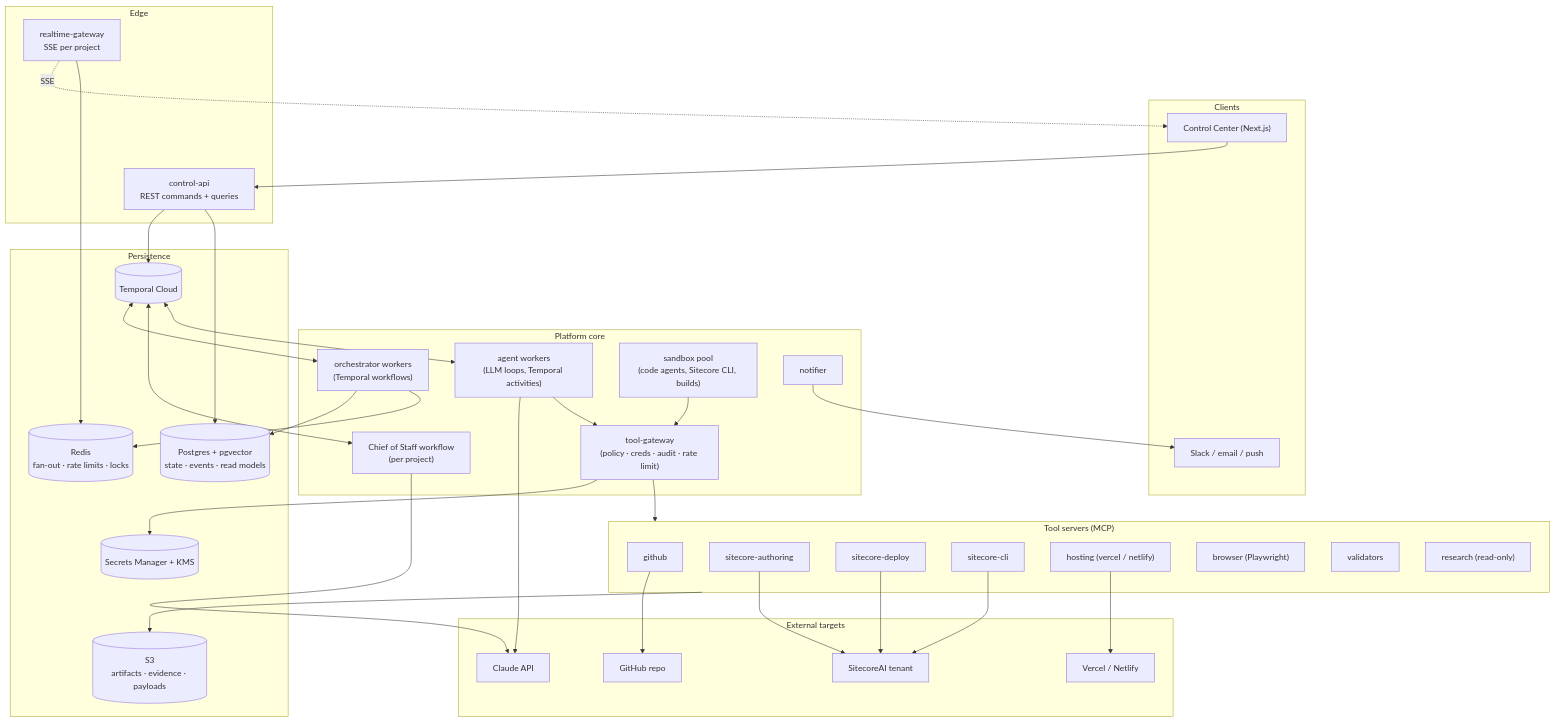
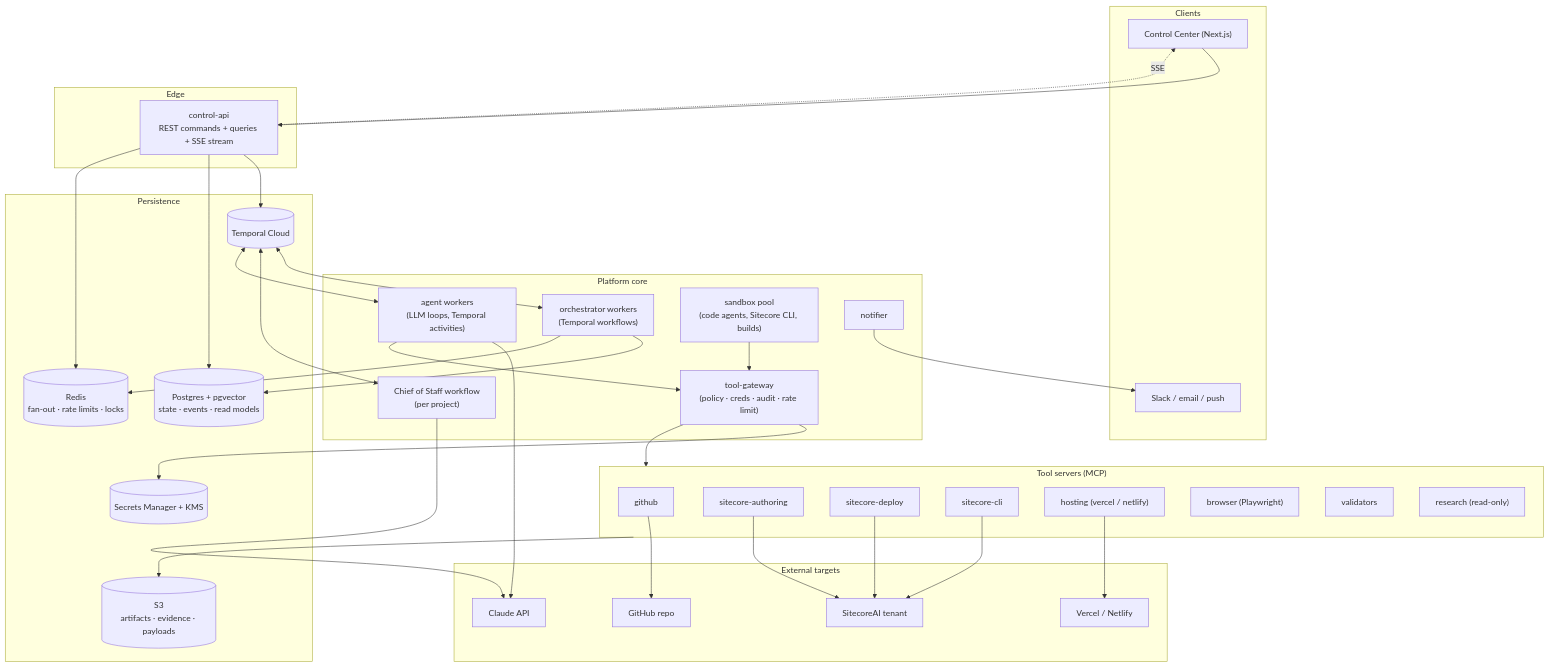
The first of 3 diagrams in docs/architecture/backend-plan.md (slamensdicreon/icreon-claude), drawn with Mermaid before and after one commit. The commit also changed other lines of this file, not shown here.

````diff
--- a/docs/architecture/backend-plan.md
+++ b/docs/architecture/backend-plan.md
@@ -77,71 +77,70 @@
 ```mermaid
 flowchart TB
   subgraph Client["Clients"]
     UI["Control Center (Next.js)"]
     NOTIF["Slack / email / push"]
   end
 
   subgraph Edge["Edge"]
-    API["control-api<br/>REST commands + queries"]
-    RT["realtime-gateway<br/>SSE per project"]
+    API["control-api<br/>REST commands + queries + SSE stream"]
   end
 
   subgraph Core["Platform core"]
     ORCH["orchestrator workers<br/>(Temporal workflows)"]
     COS["Chief of Staff workflow<br/>(per project)"]
     AGW["agent workers<br/>(LLM loops, Temporal activities)"]
     SBX["sandbox pool<br/>(code agents, Sitecore CLI, builds)"]
     GW["tool-gateway<br/>(policy · creds · audit · rate limit)"]
     NS["notifier"]
   end
 
   subgraph Tools["Tool servers (MCP)"]
     T1["github"]
     T2["sitecore-authoring"]
     T3["sitecore-deploy"]
     T4["sitecore-cli"]
     T5["hosting (vercel / netlify)"]
     T6["browser (Playwright)"]
     T7["validators"]
     T8["research (read-only)"]
   end
 
   subgraph Data["Persistence"]
     PG[("Postgres + pgvector<br/>state · events · read models")]
     S3[("S3<br/>artifacts · evidence · payloads")]
     SM[("Secrets Manager + KMS")]
     RD[("Redis<br/>fan-out · rate limits · locks")]
     TC[("Temporal Cloud")]
   end
 
   subgraph Targets["External targets"]
     SC["SitecoreAI tenant"]
     GH["GitHub repo"]
     HOST["Vercel / Netlify"]
     LLM["Claude API"]
   end
 
   UI --> API
-  RT -. SSE .-> UI
+  API -. SSE .-> UI
   API --> TC
   API --> PG
-  RT --> RD
+  API --> RD
   TC <--> ORCH
   TC <--> COS
   TC <--> AGW
   AGW --> LLM
   COS --> LLM
   AGW --> GW
   SBX --> GW
   GW --> Tools
   GW --> SM
   T1 --> GH
   T2 --> SC
   T3 --> SC
   T4 --> SC
   T5 --> HOST
   ORCH --> PG
   ORCH --> RD
   NS --> NOTIF
   Tools --> S3
 ```
````
